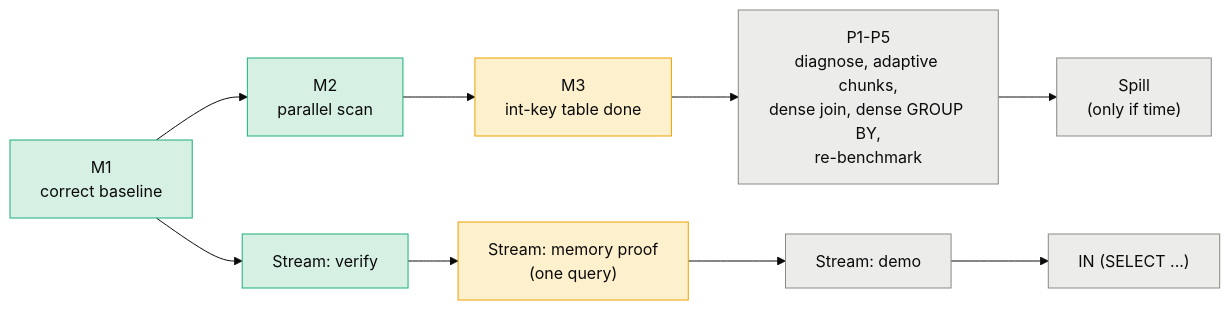
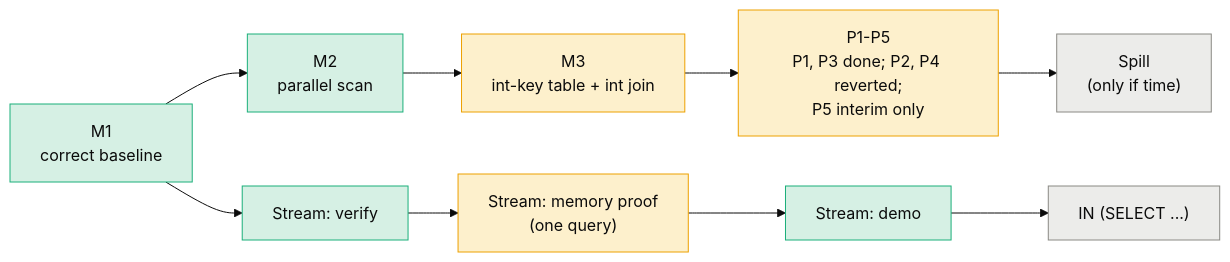
Before and after one commit to DevAriwala2712/SenkoParse: the diagram in docs/status.md, drawn with Mermaid (base theme). The commit also changed other lines of this file, not shown here.

Commit message:
docs: status board catches up with EXP-006..009, the interim 1e8 run and the Phase 0 merge

````diff
--- a/docs/status.md
+++ b/docs/status.md
@@ -6,11 +6,11 @@
 ```mermaid
 flowchart LR
     classDef done fill:#d6f0e4,stroke:#1baf7a,color:#0b0b0b
     classDef part fill:#fdf0cc,stroke:#eda100,color:#0b0b0b
     classDef todo fill:#ececea,stroke:#8a8984,color:#0b0b0b
     M1["M1<br/>correct baseline"]:::done --> M2["M2<br/>parallel scan"]:::done
-    M2 --> M3["M3<br/>int-key table done"]:::part
-    M3 --> M4["P1-P5<br/>diagnose, adaptive chunks,<br/>dense join, dense GROUP BY,<br/>re-benchmark"]:::todo
-    M1 --> S1["Stream: verify"]:::done --> S2["Stream: memory proof<br/>(one query)"]:::part --> S3["Stream: demo"]:::todo --> S4["IN (SELECT ...)"]:::todo
+    M2 --> M3["M3<br/>int-key table + int join"]:::part
+    M3 --> M4["P1-P5<br/>P1, P3 done; P2, P4 reverted;<br/>P5 interim only"]:::part
+    M1 --> S1["Stream: verify"]:::done --> S2["Stream: memory proof<br/>(one query)"]:::part --> S3["Stream: demo"]:::done --> S4["IN (SELECT ...)"]:::todo
     M4 --> SP["Spill<br/>(only if time)"]:::todo
 ```
````
